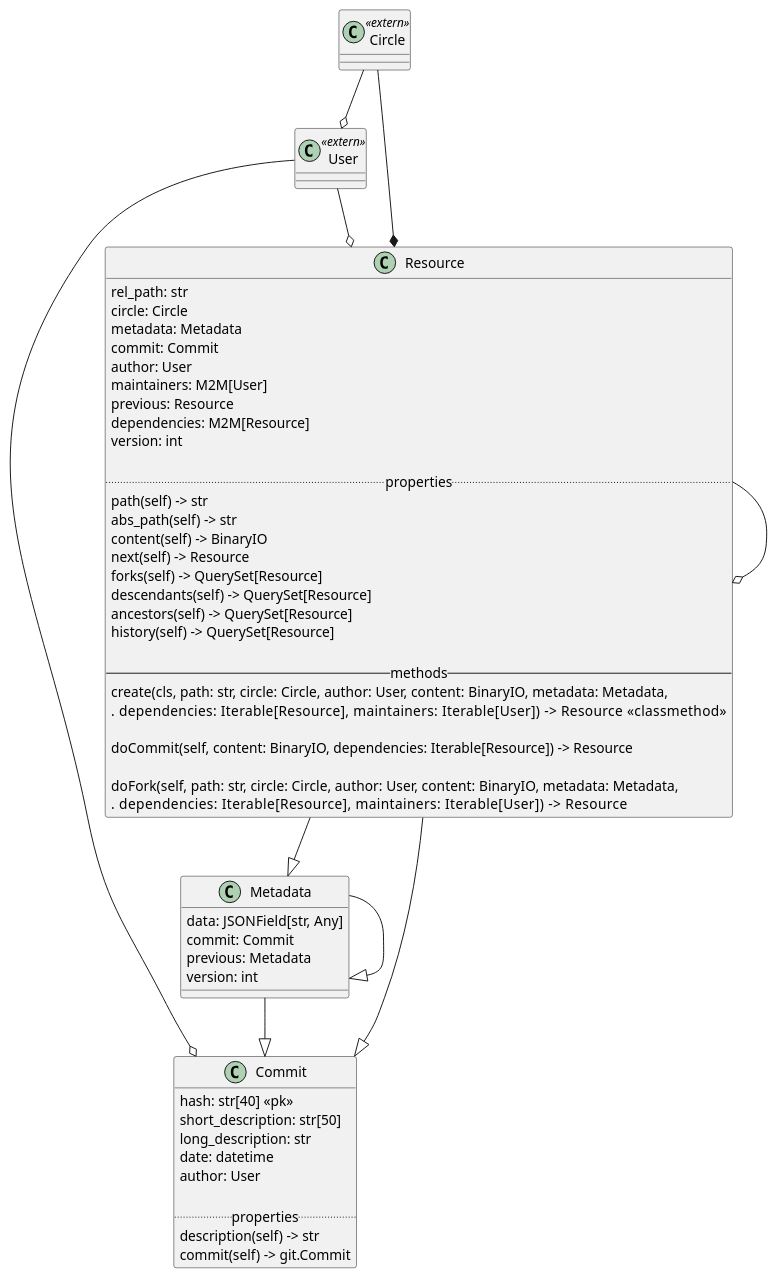
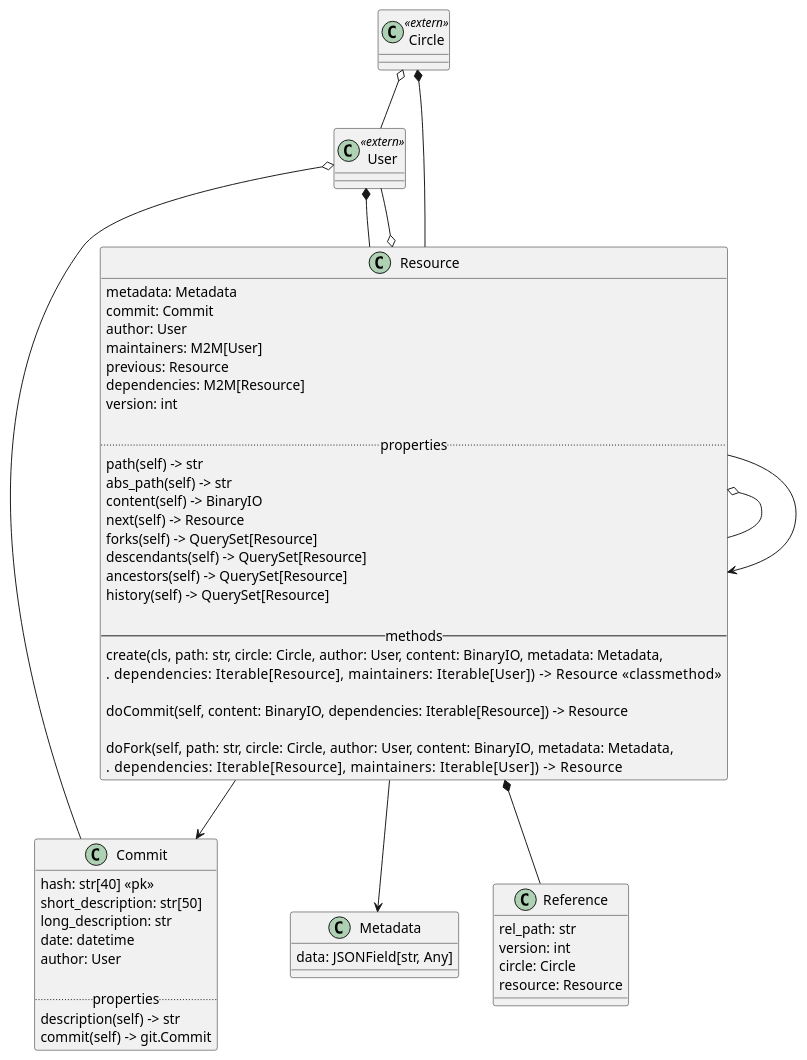
Before and after one commit to PremierLangage/platon-conception: the diagram in diagrammes/resource/resource.puml, drawn with PlantUML. The commit also changed 5 other files, not shown here.

```diff
--- a/diagrammes/resource/resource.puml
+++ b/diagrammes/resource/resource.puml
@@ -1,68 +1,71 @@
 @startuml
 
 class Circle<<extern>> {
 }
 
 class User<<extern>> {
 }
 
 class Metadata {
     data: JSONField[str, Any]
-    commit: Commit
-    previous: Metadata
-    version: int
 }
 
 class Commit {
     hash: str[40] <<pk>>
     short_description: str[50]
     long_description: str
     date: datetime
     author: User
    
     .. properties ..
     description(self) -> str
     commit(self) -> git.Commit
 }
 
+class Reference {
+    rel_path: str
+    version: int
+    circle: Circle
+    resource: Resource
+}
+
 class Resource {
-    rel_path: str
-    circle: Circle
     metadata: Metadata
     commit: Commit
     author: User
     maintainers: M2M[User]
     previous: Resource
     dependencies: M2M[Resource]
     version: int
    
     .. properties ..
     path(self) -> str
     abs_path(self) -> str
     content(self) -> BinaryIO
     next(self) -> Resource
     forks(self) -> QuerySet[Resource]
     descendants(self) -> QuerySet[Resource]
     ancestors(self) -> QuerySet[Resource]
     history(self) -> QuerySet[Resource]
 
     -- methods --
     create(cls, path: str, circle: Circle, author: User, content: BinaryIO, metadata: Metadata,
     .         dependencies: Iterable[Resource], maintainers: Iterable[User]) -> Resource <<classmethod>>
 
     doCommit(self, content: BinaryIO, dependencies: Iterable[Resource]) -> Resource
 
     doFork(self, path: str, circle: Circle, author: User, content: BinaryIO, metadata: Metadata,
     .         dependencies: Iterable[Resource], maintainers: Iterable[User]) -> Resource
 }
 
-Circle --* Resource
-Circle --o User
-User --o Commit
-User --o Resource
-Resource --|> Metadata
-Resource --|> Commit
-Resource --o Resource
-Metadata --|> Commit
-Metadata --|> Metadata
+Circle *-- Resource
+Circle o-- User
+User o-- Commit
+User *-- Resource
+Resource --> Metadata
+Resource --> Commit
+Resource o-- Resource
+Resource --> Resource
+Resource o-- User
+Resource *-- Reference
 @enduml
```
